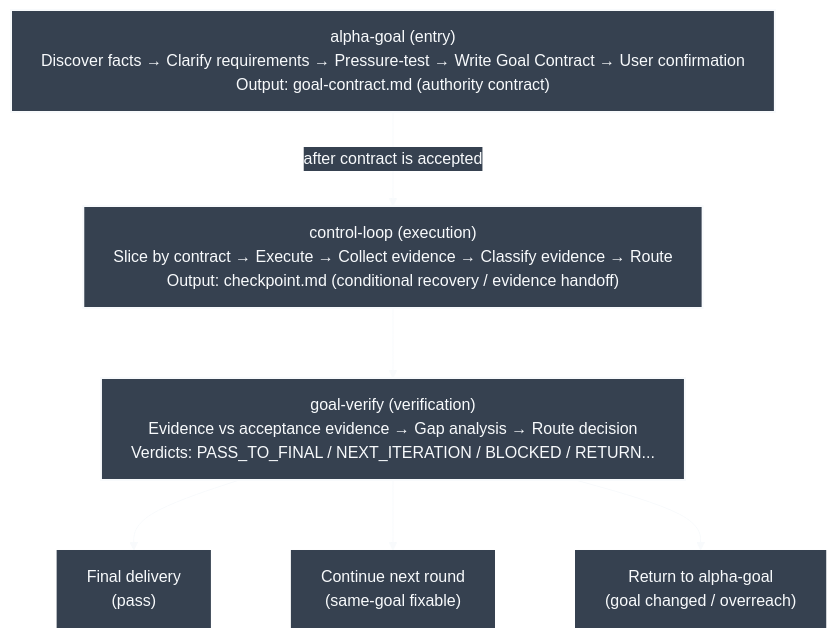
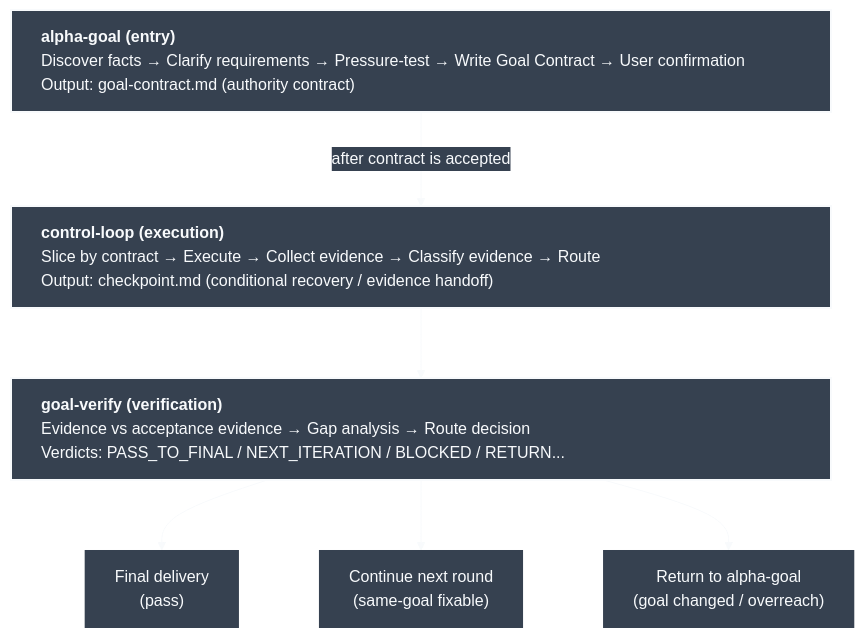
Before and after one commit to azhonglee/alpha-goal: the diagram in README.en.md, drawn with Mermaid. The commit also changed 1 other file, not shown here.

Commit message:
Align README Mermaid stage labels

````diff
--- a/README.en.md
+++ b/README.en.md
@@ -42,18 +42,18 @@
 ```mermaid
 %%{init: {"theme":"base","flowchart":{"wrappingWidth":720,"nodeSpacing":80,"rankSpacing":70,"htmlLabels":true},"markdownAutoWrap":false,"themeVariables":{"background":"#364150","primaryColor":"#364150","primaryTextColor":"#f8fafc","primaryBorderColor":"#f8fafc","lineColor":"#f8fafc","edgeLabelBackground":"#364150","fontFamily":"ui-monospace, SFMono-Regular, Menlo, Monaco, Consolas, monospace"}}}%%
 flowchart TD
-  AG["alpha-goal (entry)<br/>Discover facts → Clarify requirements → Pressure-test → Write Goal Contract → User confirmation<br/>Output: goal-contract.md (authority contract)"]
-  CL["control-loop (execution)<br/>Slice by contract → Execute → Collect evidence → Classify evidence → Route<br/>Output: checkpoint.md (conditional recovery / evidence handoff)"]
-  GV["goal-verify (verification)<br/>Evidence vs acceptance evidence → Gap analysis → Route decision<br/>Verdicts: PASS_TO_FINAL / NEXT_ITERATION / BLOCKED / RETURN..."]
+  AG["<div style='width:760px;text-align:left'><strong>alpha-goal (entry)</strong><br/>Discover facts → Clarify requirements → Pressure-test → Write Goal Contract → User confirmation<br/>Output: goal-contract.md (authority contract)</div>"]
+  CL["<div style='width:760px;text-align:left'><strong>control-loop (execution)</strong><br/>Slice by contract → Execute → Collect evidence → Classify evidence → Route<br/>Output: checkpoint.md (conditional recovery / evidence handoff)</div>"]
+  GV["<div style='width:760px;text-align:left'><strong>goal-verify (verification)</strong><br/>Evidence vs acceptance evidence → Gap analysis → Route decision<br/>Verdicts: PASS_TO_FINAL / NEXT_ITERATION / BLOCKED / RETURN...</div>"]
 
   AG -->|"after contract is accepted"| CL
   CL --> GV
   GV --> Pass["Final delivery<br/>(pass)"]
   GV --> Next["Continue next round<br/>(same-goal fixable)"]
   GV --> Return["Return to alpha-goal<br/>(goal changed / overreach)"]
 
-  classDef stage fill:#364150,stroke:#f8fafc,color:#f8fafc,stroke-width:2px;
+  classDef stage fill:#364150,stroke:#f8fafc,color:#f8fafc,stroke-width:2px,text-align:left;
   classDef route fill:#364150,stroke:#364150,color:#f8fafc,stroke-width:0px;
   class AG,CL,GV stage;
   class Pass,Next,Return route;
 ```
````
